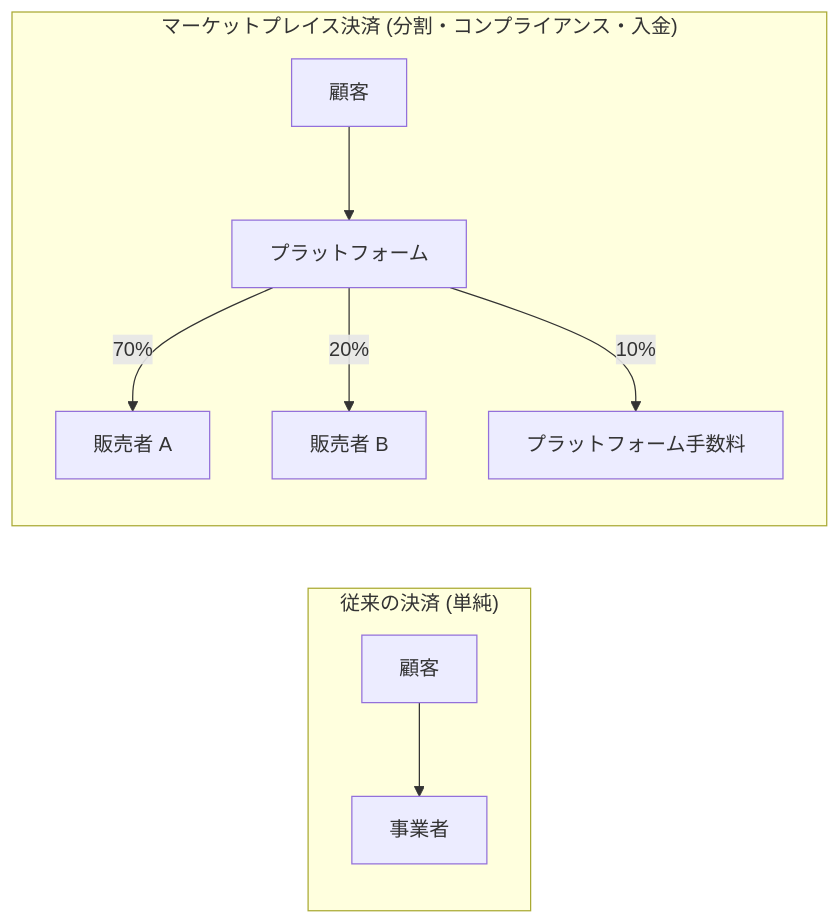
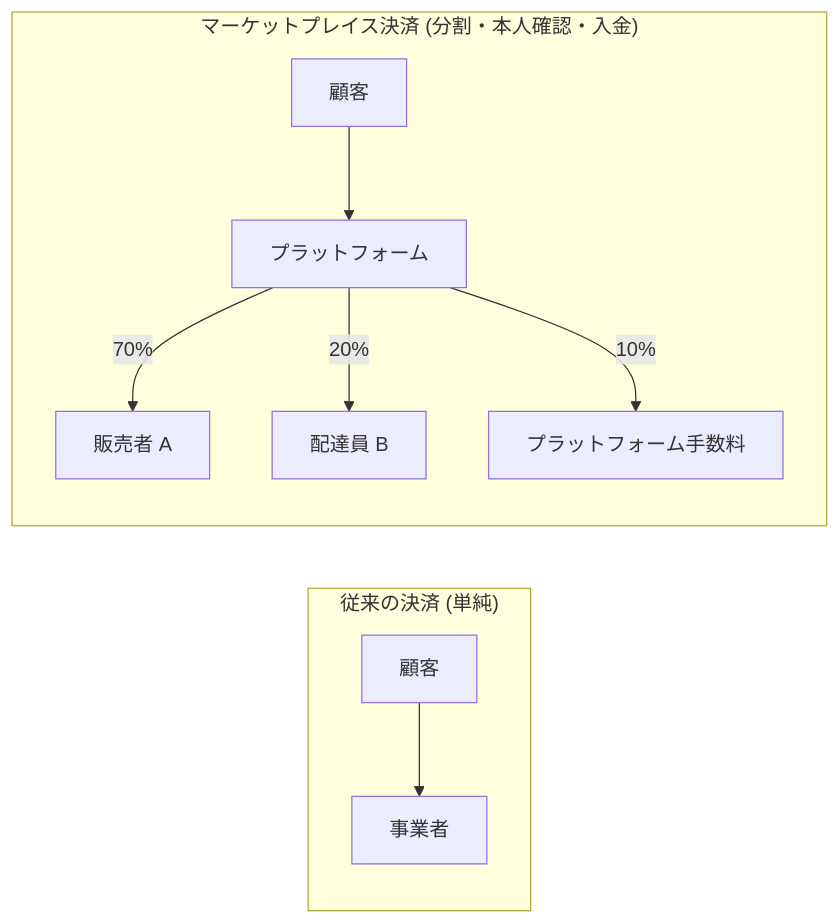
Before and after one commit to takukobachi/daedalus: the first of 8 diagrams in software/apis/stripe-connect-specification.md, drawn with Mermaid. The commit also changed other lines of this file and 97 other files, not shown here.

First line of the commit message:
docs: 既存ドキュメントの横断的な強化（構成・鮮度・出典・相互参照・図） (#92)

````diff
--- a/software/apis/stripe-connect-specification.md
+++ b/software/apis/stripe-connect-specification.md
@@ -23,12 +15,12 @@
 ```mermaid
 flowchart LR
     subgraph traditional ["従来の決済 (単純)"]
-        C1[顧客] --> B1[事業者]
+        C1["顧客"] --> B1["事業者"]
     end
-    subgraph marketplace ["マーケットプレイス決済 (分割・コンプライアンス・入金)"]
-        C2[顧客] --> P[プラットフォーム]
-        P -->|70%| SA[販売者 A]
-        P -->|20%| SB[販売者 B]
-        P -->|10%| F[プラットフォーム手数料]
+    subgraph marketplace ["マーケットプレイス決済 (分割・本人確認・入金)"]
+        C2["顧客"] --> P["プラットフォーム"]
+        P -->|"70%"| SA["販売者 A"]
+        P -->|"20%"| SB["配達員 B"]
+        P -->|"10%"| F["プラットフォーム手数料"]
     end
 ```
````
